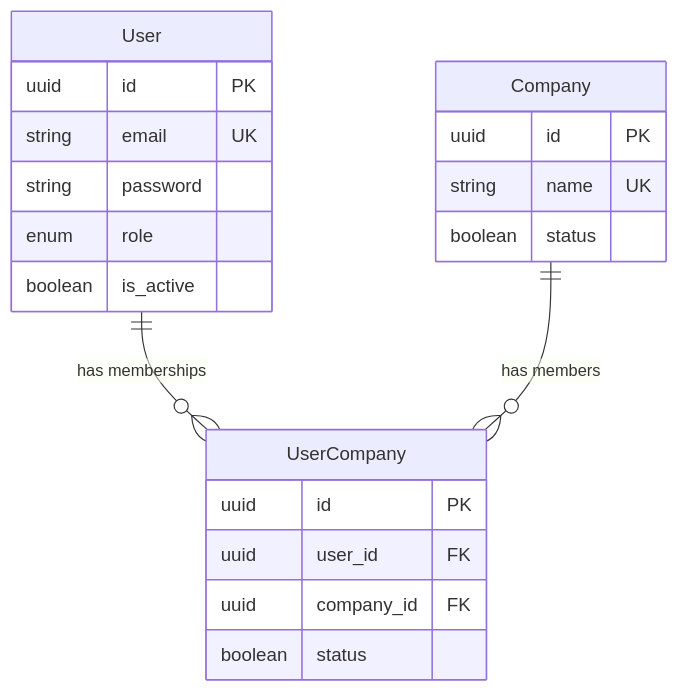
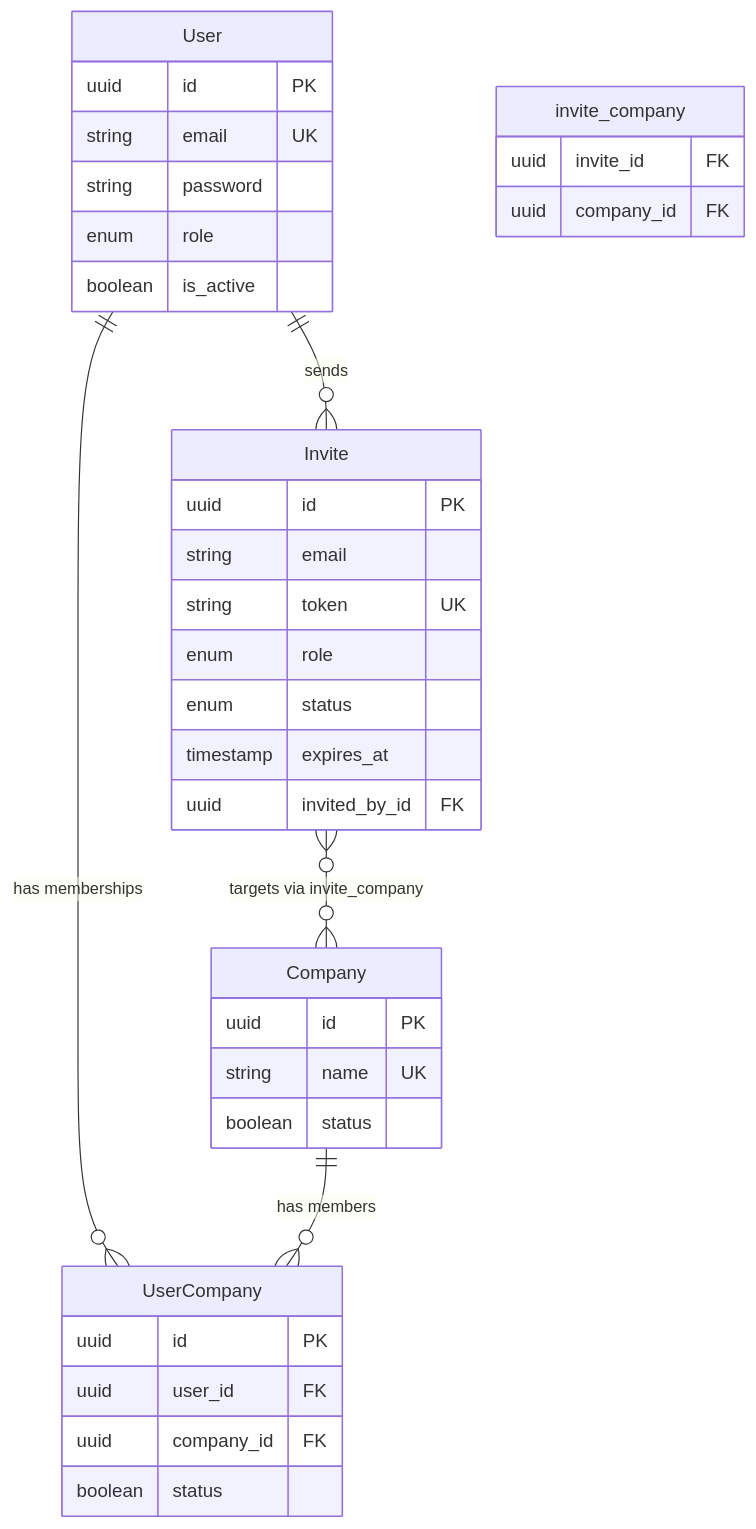
Before and after one commit to DevPablo20/binder_app_backend: the diagram in .cursor/skills/create-entities/domain-model.md, drawn with Mermaid. The commit also changed other lines of this file and 28 other files, not shown here.

Commit message:
feat: invite flow

````diff
--- a/.cursor/skills/create-entities/domain-model.md
+++ b/.cursor/skills/create-entities/domain-model.md
@@ -13,23 +13,38 @@
 ```mermaid
 erDiagram
     User ||--o{ UserCompany : "has memberships"
     Company ||--o{ UserCompany : "has members"
+    User ||--o{ Invite : "sends"
+    Invite }o--o{ Company : "targets via invite_company"
     User {
         uuid id PK
         string email UK
         string password
         enum role
         boolean is_active
     }
     Company {
         uuid id PK
         string name UK
         boolean status
     }
     UserCompany {
         uuid id PK
         uuid user_id FK
         uuid company_id FK
         boolean status
     }
+    Invite {
+        uuid id PK
+        string email
+        string token UK
+        enum role
+        enum status
+        timestamp expires_at
+        uuid invited_by_id FK
+    }
+    invite_company {
+        uuid invite_id FK
+        uuid company_id FK
+    }
 ```
````
